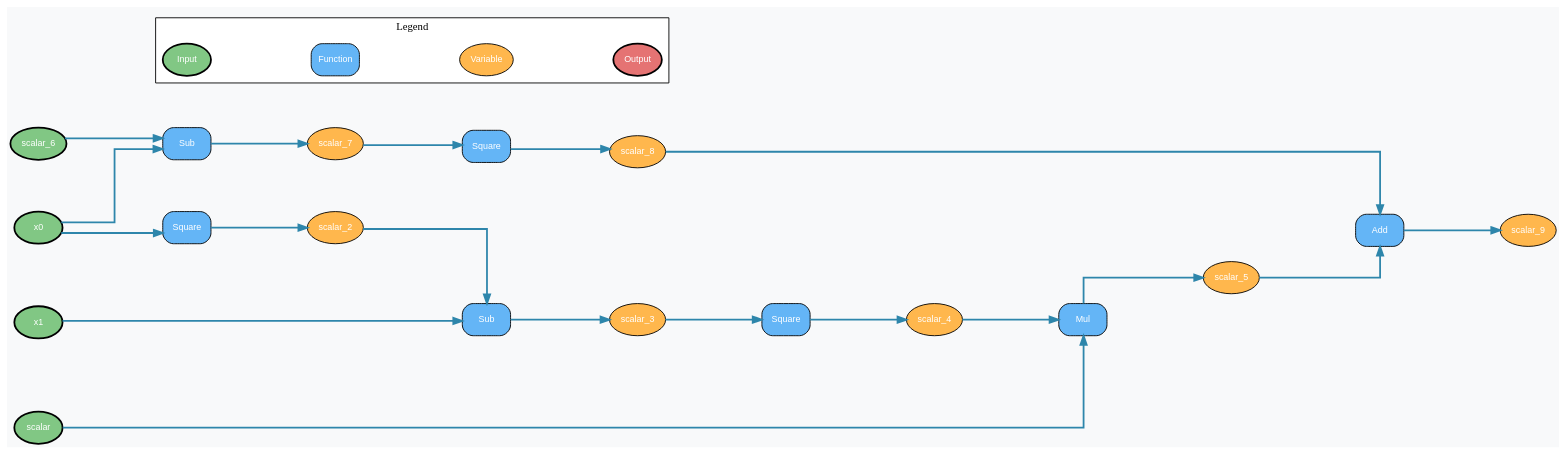
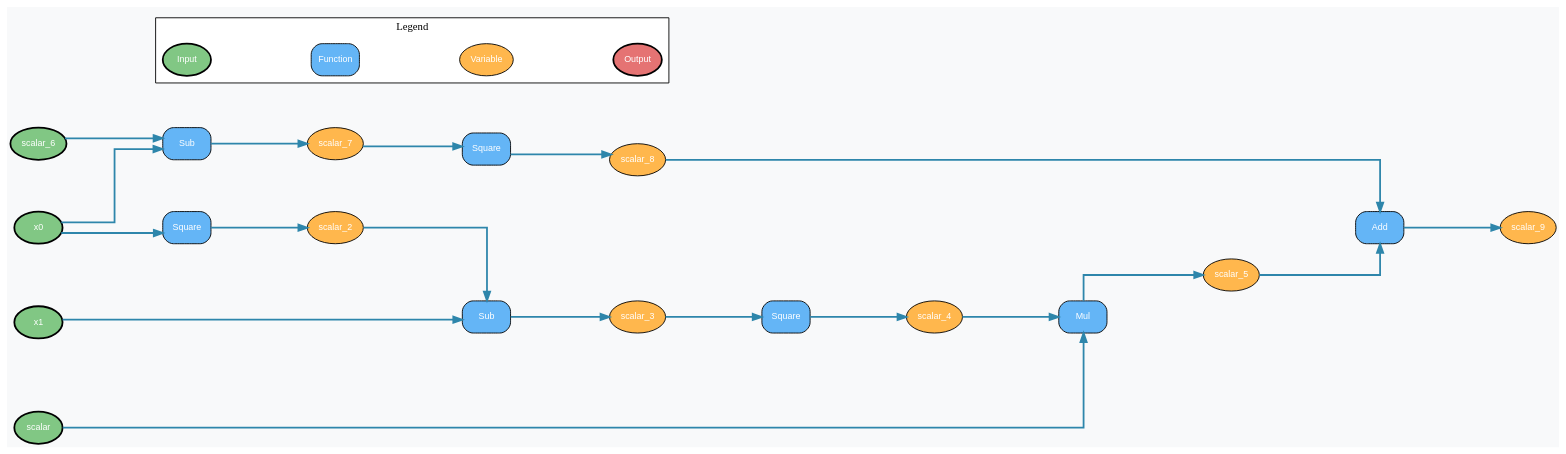
Before and after one commit to 3QNRpDwD/TrenchDeep: the diagram in graph/rosenbrock.dot, drawn with Graphviz. The commit also changed 6 other files, not shown here.

First line of the commit message:
Refactor `Tensor` and `Graph` modules.

```diff
--- a/graph/rosenbrock.dot
+++ b/graph/rosenbrock.dot
@@ -1,64 +1,64 @@
 digraph ComputationGraph {
 bgcolor="#F8F9FA";
 rankdir=LR;  // 좌우 배치로 데이터 흐름을 더 직관적으로
 splines=ortho;
 nodesep=0.8;
 ranksep=1.5;
 node [fontname="Arial", fontsize=10];
 edge [fontname="Arial", fontsize=8];
 
-    "NodeId(13)" [label="scalar_8", shape=ellipse, style="filled", fillcolor="#FFB74D", fontcolor="white"];
-    "0x265653e5b00" [label="Sub", shape=box, style="filled,rounded", fillcolor="#64B5F6", fontcolor="white"];
-    "NodeId(0)" [label="x0", shape=ellipse, style="filled,bold", fillcolor="#81C784", fontcolor="white"];
-    "NodeId(7)" [label="scalar_2", shape=ellipse, style="filled", fillcolor="#FFB74D", fontcolor="white"];
-    "NodeId(11)" [label="scalar_6", shape=ellipse, style="filled,bold", fillcolor="#81C784", fontcolor="white"];
-    "NodeId(8)" [label="scalar_3", shape=ellipse, style="filled", fillcolor="#FFB74D", fontcolor="white"];
-    "NodeId(12)" [label="scalar_7", shape=ellipse, style="filled", fillcolor="#FFB74D", fontcolor="white"];
-    "0x265653e5ef0" [label="Add", shape=box, style="filled,rounded", fillcolor="#64B5F6", fontcolor="white"];
-    "NodeId(1)" [label="x1", shape=ellipse, style="filled,bold", fillcolor="#81C784", fontcolor="white"];
-    "0x265653e5a10" [label="Square", shape=box, style="filled,rounded", fillcolor="#64B5F6", fontcolor="white"];
-    "NodeId(6)" [label="scalar", shape=ellipse, style="filled,bold", fillcolor="#81C784", fontcolor="white"];
-    "0x265653e6070" [label="Square", shape=box, style="filled,rounded", fillcolor="#64B5F6", fontcolor="white"];
-    "0x265653e5cb0" [label="Mul", shape=box, style="filled,rounded", fillcolor="#64B5F6", fontcolor="white"];
-    "0x265653e5d70" [label="Sub", shape=box, style="filled,rounded", fillcolor="#64B5F6", fontcolor="white"];
-    "NodeId(10)" [label="scalar_5", shape=ellipse, style="filled", fillcolor="#FFB74D", fontcolor="white"];
-    "0x265653e5c20" [label="Square", shape=box, style="filled,rounded", fillcolor="#64B5F6", fontcolor="white"];
-    "NodeId(14)" [label="scalar_9", shape=ellipse, style="filled", fillcolor="#FFB74D", fontcolor="white"];
-    "NodeId(9)" [label="scalar_4", shape=ellipse, style="filled", fillcolor="#FFB74D", fontcolor="white"];
-    { rank=source; "NodeId(0)"; "NodeId(11)"; "NodeId(1)"; "NodeId(6)"; }
+    "NodeId(77)" [label="scalar_3", shape=ellipse, style="filled", fillcolor="#FFB74D", fontcolor="white"];
+    "NodeId(73)" [label="x0", shape=ellipse, style="filled,bold", fillcolor="#81C784", fontcolor="white"];
+    "0x199e3464f80" [label="Square", shape=box, style="filled,rounded", fillcolor="#64B5F6", fontcolor="white"];
+    "0x199e3499880" [label="Sub", shape=box, style="filled,rounded", fillcolor="#64B5F6", fontcolor="white"];
+    "NodeId(82)" [label="scalar_8", shape=ellipse, style="filled", fillcolor="#FFB74D", fontcolor="white"];
+    "NodeId(76)" [label="scalar_2", shape=ellipse, style="filled", fillcolor="#FFB74D", fontcolor="white"];
+    "0x199e3464e90" [label="Sub", shape=box, style="filled,rounded", fillcolor="#64B5F6", fontcolor="white"];
+    "NodeId(80)" [label="scalar_6", shape=ellipse, style="filled,bold", fillcolor="#81C784", fontcolor="white"];
+    "NodeId(81)" [label="scalar_7", shape=ellipse, style="filled", fillcolor="#FFB74D", fontcolor="white"];
+    "0x199e3465010" [label="Add", shape=box, style="filled,rounded", fillcolor="#64B5F6", fontcolor="white"];
+    "NodeId(74)" [label="x1", shape=ellipse, style="filled,bold", fillcolor="#81C784", fontcolor="white"];
+    "NodeId(83)" [label="scalar_9", shape=ellipse, style="filled", fillcolor="#FFB74D", fontcolor="white"];
+    "NodeId(78)" [label="scalar_4", shape=ellipse, style="filled", fillcolor="#FFB74D", fontcolor="white"];
+    "0x199e3464e00" [label="Mul", shape=box, style="filled,rounded", fillcolor="#64B5F6", fontcolor="white"];
+    "0x199e3464e60" [label="Square", shape=box, style="filled,rounded", fillcolor="#64B5F6", fontcolor="white"];
+    "NodeId(75)" [label="scalar", shape=ellipse, style="filled,bold", fillcolor="#81C784", fontcolor="white"];
+    "0x199e34998e0" [label="Square", shape=box, style="filled,rounded", fillcolor="#64B5F6", fontcolor="white"];
+    "NodeId(79)" [label="scalar_5", shape=ellipse, style="filled", fillcolor="#FFB74D", fontcolor="white"];
+    { rank=source; "NodeId(73)"; "NodeId(80)"; "NodeId(74)"; "NodeId(75)"; }
 
     // 범례
     subgraph cluster_legend {
         label="Legend";
         style=filled;
         fillcolor="#FFFFFF";
         fontsize=12;
         fontname="Arial Bold";
         
         legend_input [label="Input", shape=ellipse, style="filled,bold", fillcolor="#81C784", fontcolor="white"];
         legend_func [label="Function", shape=box, style="filled,rounded", fillcolor="#64B5F6", fontcolor="white"];
         legend_var [label="Variable", shape=ellipse, style="filled", fillcolor="#FFB74D", fontcolor="white"];
         legend_output [label="Output", shape=ellipse, style="filled,bold", fillcolor="#E57373", fontcolor="white"];
         
         legend_input -> legend_func -> legend_var -> legend_output [style=invis];
     }
 
-    "NodeId(0)" -> "0x265653e5a10" [style=solid, color="#2E86AB", penwidth=2];
-    "0x265653e5a10" -> "NodeId(7)" [style=solid, color="#2E86AB", penwidth=2];
-    "NodeId(1)" -> "0x265653e5d70" [style=solid, color="#2E86AB", penwidth=2];
-    "NodeId(7)" -> "0x265653e5d70" [style=solid, color="#2E86AB", penwidth=2];
-    "0x265653e5d70" -> "NodeId(8)" [style=solid, color="#2E86AB", penwidth=2];
-    "NodeId(8)" -> "0x265653e6070" [style=solid, color="#2E86AB", penwidth=2];
-    "0x265653e6070" -> "NodeId(9)" [style=solid, color="#2E86AB", penwidth=2];
-    "NodeId(6)" -> "0x265653e5cb0" [style=solid, color="#2E86AB", penwidth=2];
-    "NodeId(9)" -> "0x265653e5cb0" [style=solid, color="#2E86AB", penwidth=2];
-    "0x265653e5cb0" -> "NodeId(10)" [style=solid, color="#2E86AB", penwidth=2];
-    "NodeId(11)" -> "0x265653e5b00" [style=solid, color="#2E86AB", penwidth=2];
-    "NodeId(0)" -> "0x265653e5b00" [style=solid, color="#2E86AB", penwidth=2];
-    "0x265653e5b00" -> "NodeId(12)" [style=solid, color="#2E86AB", penwidth=2];
-    "NodeId(12)" -> "0x265653e5c20" [style=solid, color="#2E86AB", penwidth=2];
-    "0x265653e5c20" -> "NodeId(13)" [style=solid, color="#2E86AB", penwidth=2];
-    "NodeId(10)" -> "0x265653e5ef0" [style=solid, color="#2E86AB", penwidth=2];
-    "NodeId(13)" -> "0x265653e5ef0" [style=solid, color="#2E86AB", penwidth=2];
-    "0x265653e5ef0" -> "NodeId(14)" [style=solid, color="#2E86AB", penwidth=2];
+    "NodeId(73)" -> "0x199e34998e0" [style=solid, color="#2E86AB", penwidth=2];
+    "0x199e34998e0" -> "NodeId(76)" [style=solid, color="#2E86AB", penwidth=2];
+    "NodeId(74)" -> "0x199e3499880" [style=solid, color="#2E86AB", penwidth=2];
+    "NodeId(76)" -> "0x199e3499880" [style=solid, color="#2E86AB", penwidth=2];
+    "0x199e3499880" -> "NodeId(77)" [style=solid, color="#2E86AB", penwidth=2];
+    "NodeId(77)" -> "0x199e3464e60" [style=solid, color="#2E86AB", penwidth=2];
+    "0x199e3464e60" -> "NodeId(78)" [style=solid, color="#2E86AB", penwidth=2];
+    "NodeId(75)" -> "0x199e3464e00" [style=solid, color="#2E86AB", penwidth=2];
+    "NodeId(78)" -> "0x199e3464e00" [style=solid, color="#2E86AB", penwidth=2];
+    "0x199e3464e00" -> "NodeId(79)" [style=solid, color="#2E86AB", penwidth=2];
+    "NodeId(80)" -> "0x199e3464e90" [style=solid, color="#2E86AB", penwidth=2];
+    "NodeId(73)" -> "0x199e3464e90" [style=solid, color="#2E86AB", penwidth=2];
+    "0x199e3464e90" -> "NodeId(81)" [style=solid, color="#2E86AB", penwidth=2];
+    "NodeId(81)" -> "0x199e3464f80" [style=solid, color="#2E86AB", penwidth=2];
+    "0x199e3464f80" -> "NodeId(82)" [style=solid, color="#2E86AB", penwidth=2];
+    "NodeId(79)" -> "0x199e3465010" [style=solid, color="#2E86AB", penwidth=2];
+    "NodeId(82)" -> "0x199e3465010" [style=solid, color="#2E86AB", penwidth=2];
+    "0x199e3465010" -> "NodeId(83)" [style=solid, color="#2E86AB", penwidth=2];
 }
```
